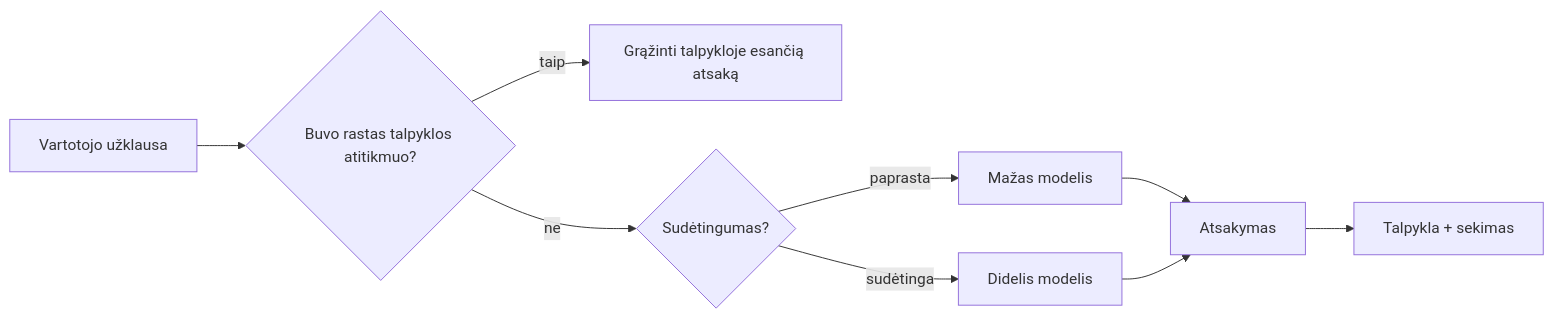
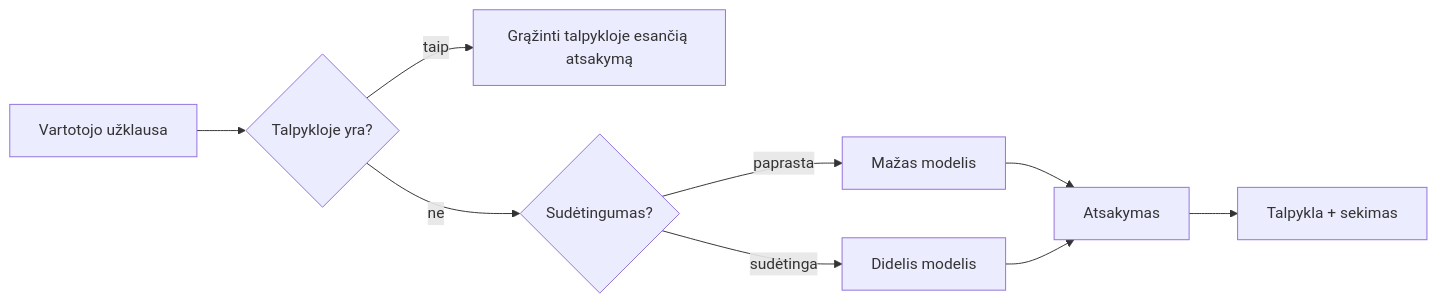
One commit to gabrielmoreira/agent-skills-mirror changed the third of 4 diagrams in mirrors/repos/microsoft@ai-agents-for-beginners/translations/lt/16-deploying-scalable-agents/README.md. Above: the diagram before and after it, drawn with Mermaid. The commit also changed other lines of this file and 4262 other files, not shown here.

````diff
--- a/mirrors/repos/microsoft@ai-agents-for-beginners/translations/lt/16-deploying-scalable-agents/README.md
+++ b/mirrors/repos/microsoft@ai-agents-for-beginners/translations/lt/16-deploying-scalable-agents/README.md
@@ -134,11 +134,11 @@
 ```mermaid
 flowchart LR
-    Q[Vartotojo užklausa] --> C{Buvo rastas talpyklos atitikmuo?}
-    C -->|taip| R[Grąžinti talpykloje esančią atsaką]
+    Q[Vartotojo užklausa] --> C{Talpykloje yra?}
+    C -->|taip| R[Grąžinti talpykloje esančią atsakymą]
     C -->|ne| Router{Sudėtingumas?}
     Router -->|paprasta| SLM[Mažas modelis]
     Router -->|sudėtinga| LLM[Didelis modelis]
     SLM --> Out[Atsakymas]
     LLM --> Out
     Out --> Store[Talpykla + sekimas]
 ```
````
